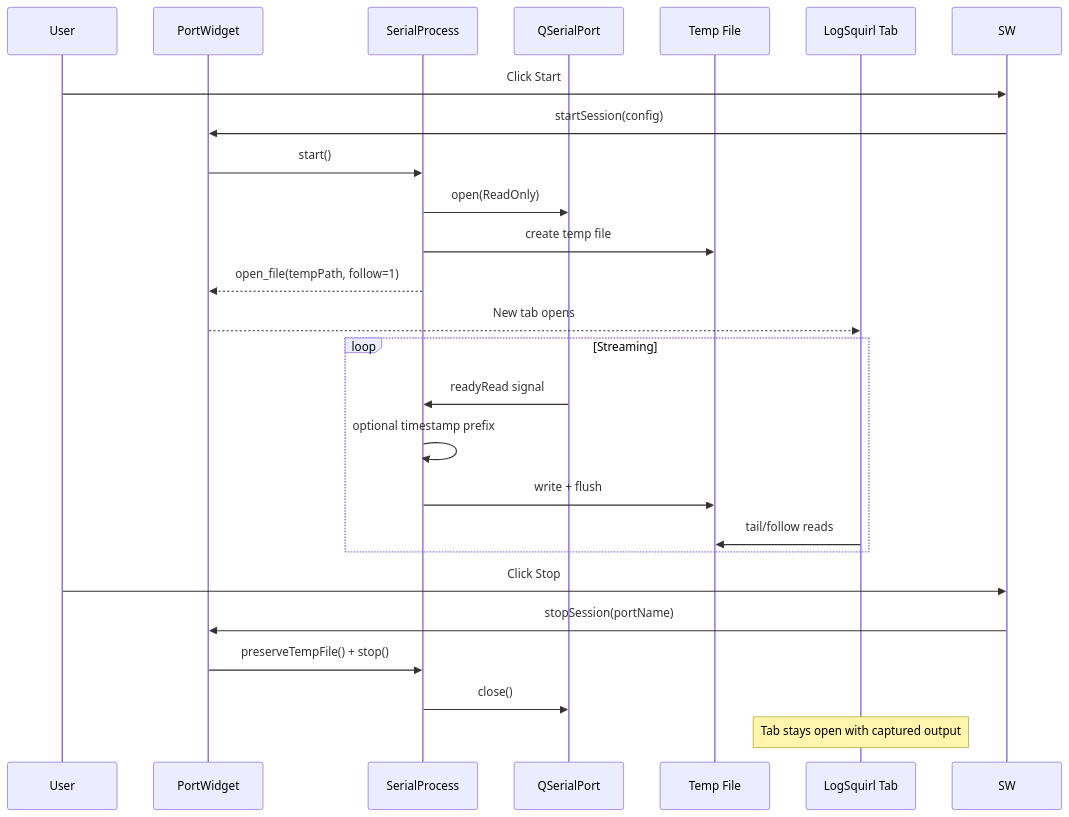
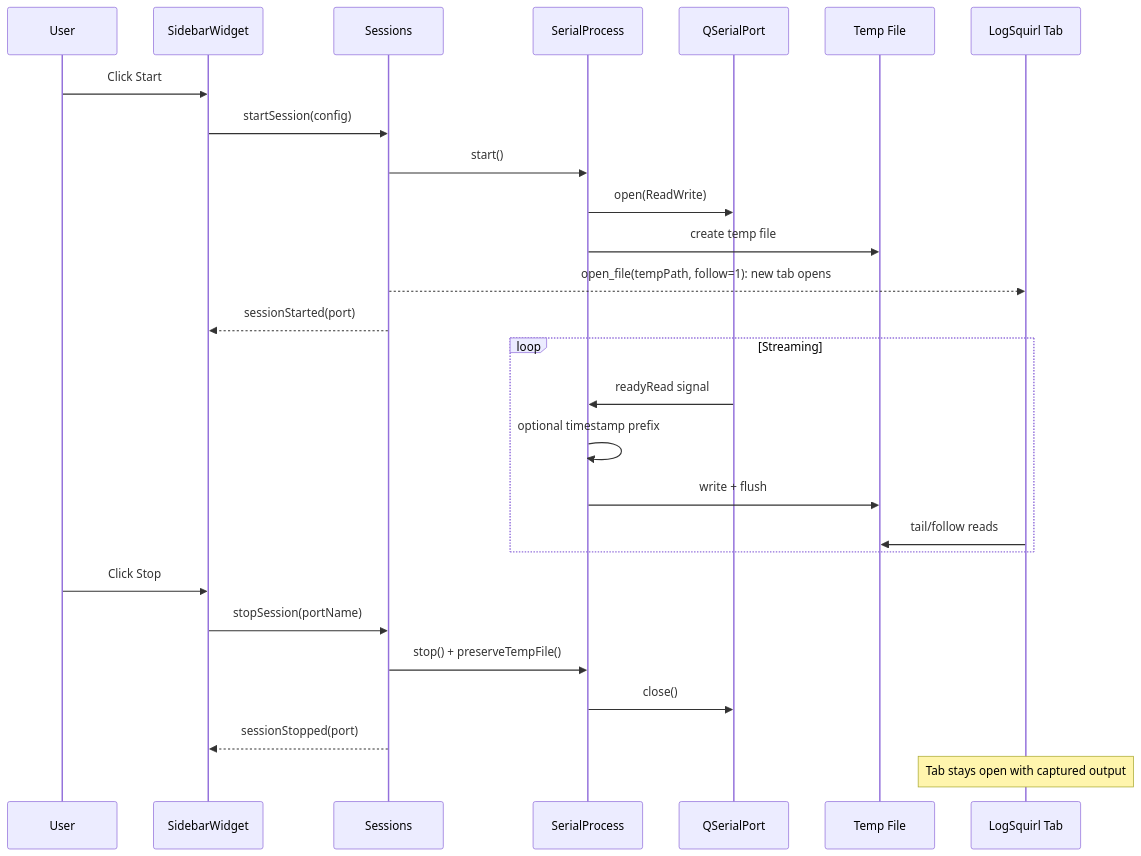
Before and after one commit to 64x-lunicorn/LogSquirl-Serial: the second of 3 diagrams in README.md, drawn with Mermaid. The commit also changed other lines of this file and 19 other files, not shown here.

````diff
--- a/README.md
+++ b/README.md
@@ -201,28 +213,30 @@
 ```mermaid
 sequenceDiagram
     participant User
-    participant PW as PortWidget
+    participant SW as SidebarWidget
+    participant S as Sessions
     participant SP as SerialProcess
     participant Port as QSerialPort
     participant TF as Temp File
     participant LS as LogSquirl Tab
 
     User->>SW: Click Start
-    SW->>PW: startSession(config)
-    PW->>SP: start()
-    SP->>Port: open(ReadOnly)
+    SW->>S: startSession(config)
+    S->>SP: start()
+    SP->>Port: open(ReadWrite)
     SP->>TF: create temp file
-    SP-->>PW: open_file(tempPath, follow=1)
-    PW-->>LS: New tab opens
+    S-->>LS: open_file(tempPath, follow=1): new tab opens
+    S-->>SW: sessionStarted(port)
     loop Streaming
         Port->>SP: readyRead signal
         SP->>SP: optional timestamp prefix
         SP->>TF: write + flush
         LS->>TF: tail/follow reads
     end
     User->>SW: Click Stop
-    SW->>PW: stopSession(portName)
-    PW->>SP: preserveTempFile() + stop()
+    SW->>S: stopSession(portName)
+    S->>SP: stop() + preserveTempFile()
     SP->>Port: close()
+    S-->>SW: sessionStopped(port)
     Note over LS: Tab stays open with captured output
 ```
````
